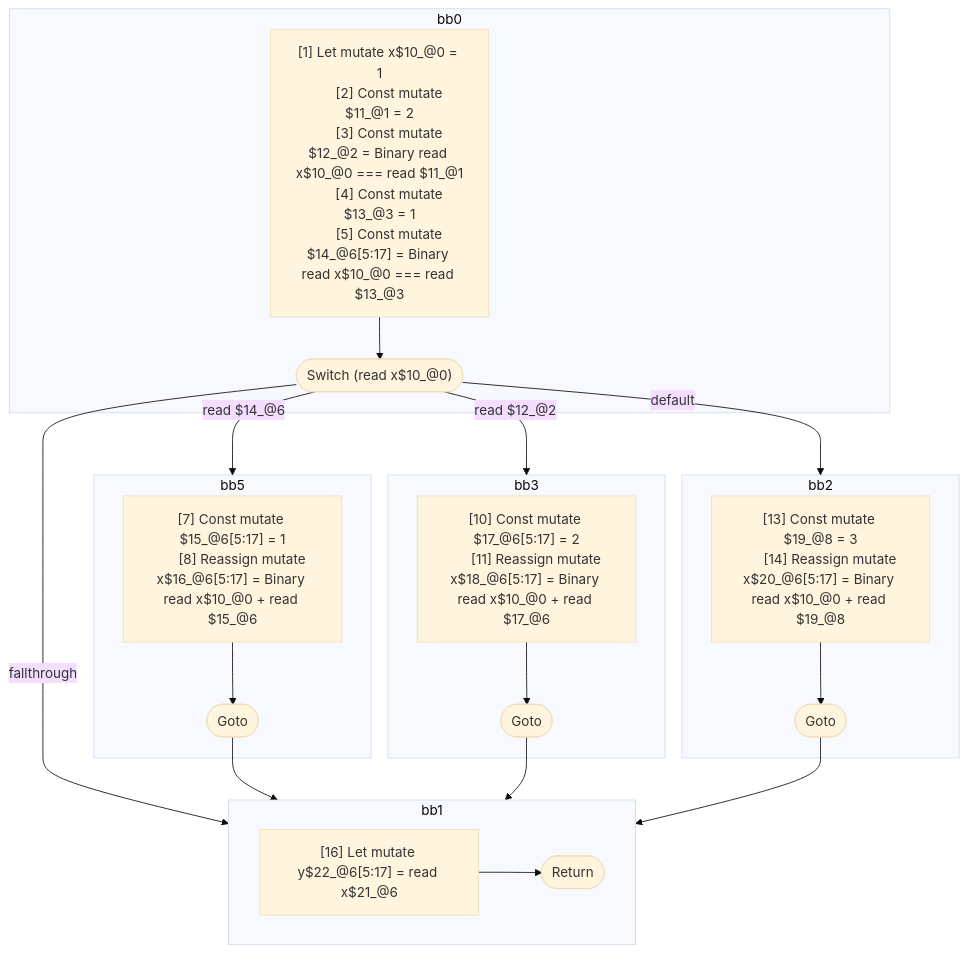
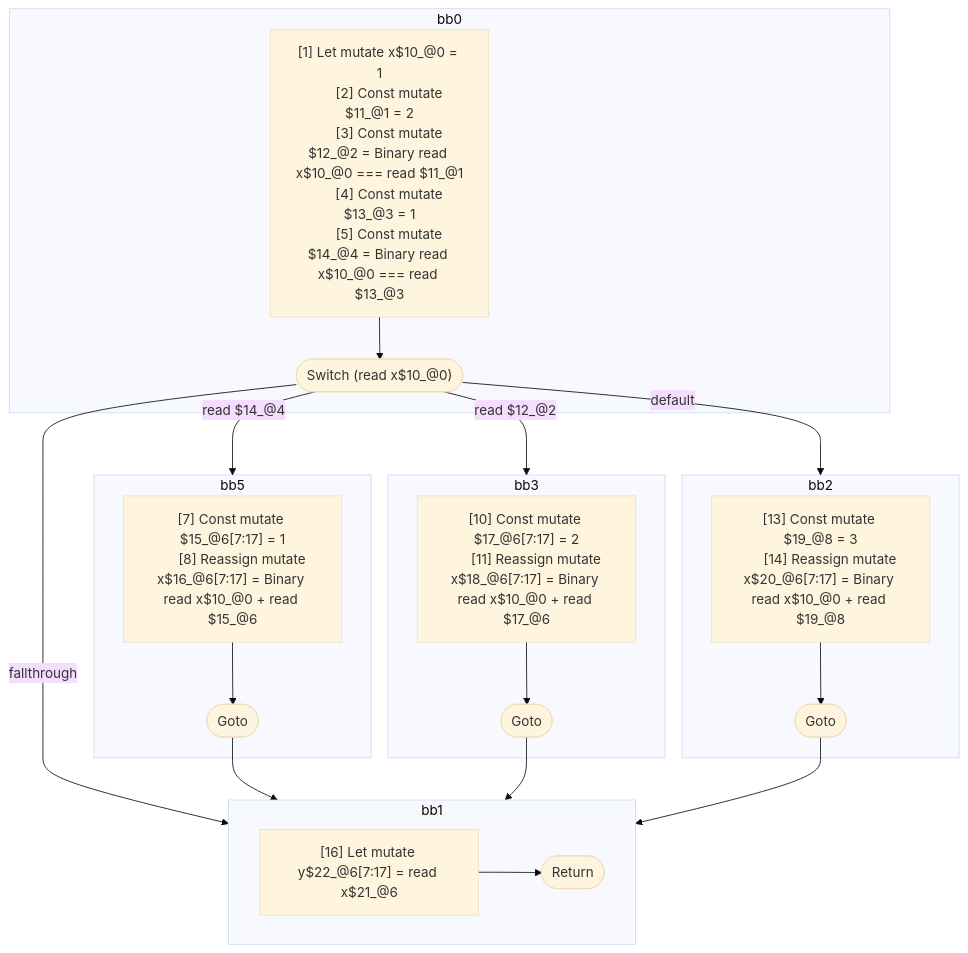
Before and after one commit to wutsmog/private: the diagram in compiler/forget/src/__tests__/fixtures/hir/ssa-switch.expect.md, drawn with Mermaid (base theme). The commit also changed other lines of this file and 9 other files, not shown here.

````diff
--- a/compiler/forget/src/__tests__/fixtures/hir/ssa-switch.expect.md
+++ b/compiler/forget/src/__tests__/fixtures/hir/ssa-switch.expect.md
@@ -64,51 +64,51 @@
 ```mermaid
 flowchart TB
   %% Basic Blocks
   subgraph bb0
     bb0_instrs["
       [1] Let mutate x$10_@0 = 1
       [2] Const mutate $11_@1 = 2
       [3] Const mutate $12_@2 = Binary read x$10_@0 === read $11_@1
       [4] Const mutate $13_@3 = 1
-      [5] Const mutate $14_@6[5:17] = Binary read x$10_@0 === read $13_@3
+      [5] Const mutate $14_@4 = Binary read x$10_@0 === read $13_@3
     "]
     bb0_instrs --> bb0_terminal(["Switch (read x$10_@0)"])
   end
   subgraph bb5
     bb5_instrs["
-      [7] Const mutate $15_@6[5:17] = 1
-      [8] Reassign mutate x$16_@6[5:17] = Binary read x$10_@0 + read $15_@6
+      [7] Const mutate $15_@6[7:17] = 1
+      [8] Reassign mutate x$16_@6[7:17] = Binary read x$10_@0 + read $15_@6
     "]
     bb5_instrs --> bb5_terminal(["Goto"])
   end
   subgraph bb3
     bb3_instrs["
-      [10] Const mutate $17_@6[5:17] = 2
-      [11] Reassign mutate x$18_@6[5:17] = Binary read x$10_@0 + read $17_@6
+      [10] Const mutate $17_@6[7:17] = 2
+      [11] Reassign mutate x$18_@6[7:17] = Binary read x$10_@0 + read $17_@6
     "]
     bb3_instrs --> bb3_terminal(["Goto"])
   end
   subgraph bb2
     bb2_instrs["
       [13] Const mutate $19_@8 = 3
-      [14] Reassign mutate x$20_@6[5:17] = Binary read x$10_@0 + read $19_@8
+      [14] Reassign mutate x$20_@6[7:17] = Binary read x$10_@0 + read $19_@8
     "]
     bb2_instrs --> bb2_terminal(["Goto"])
   end
   subgraph bb1
     bb1_instrs["
-      [16] Let mutate y$22_@6[5:17] = read x$21_@6
+      [16] Let mutate y$22_@6[7:17] = read x$21_@6
     "]
     bb1_instrs --> bb1_terminal(["Return"])
   end
 
   %% Jumps
-  bb0_terminal -- "read $14_@6" --> bb5
+  bb0_terminal -- "read $14_@4" --> bb5
   bb0_terminal -- "read $12_@2" --> bb3
   bb0_terminal -- "default" --> bb2
   bb0_terminal -- "fallthrough" --> bb1
   bb5_terminal --> bb1
   bb3_terminal --> bb1
   bb2_terminal --> bb1
 
 ```
````
